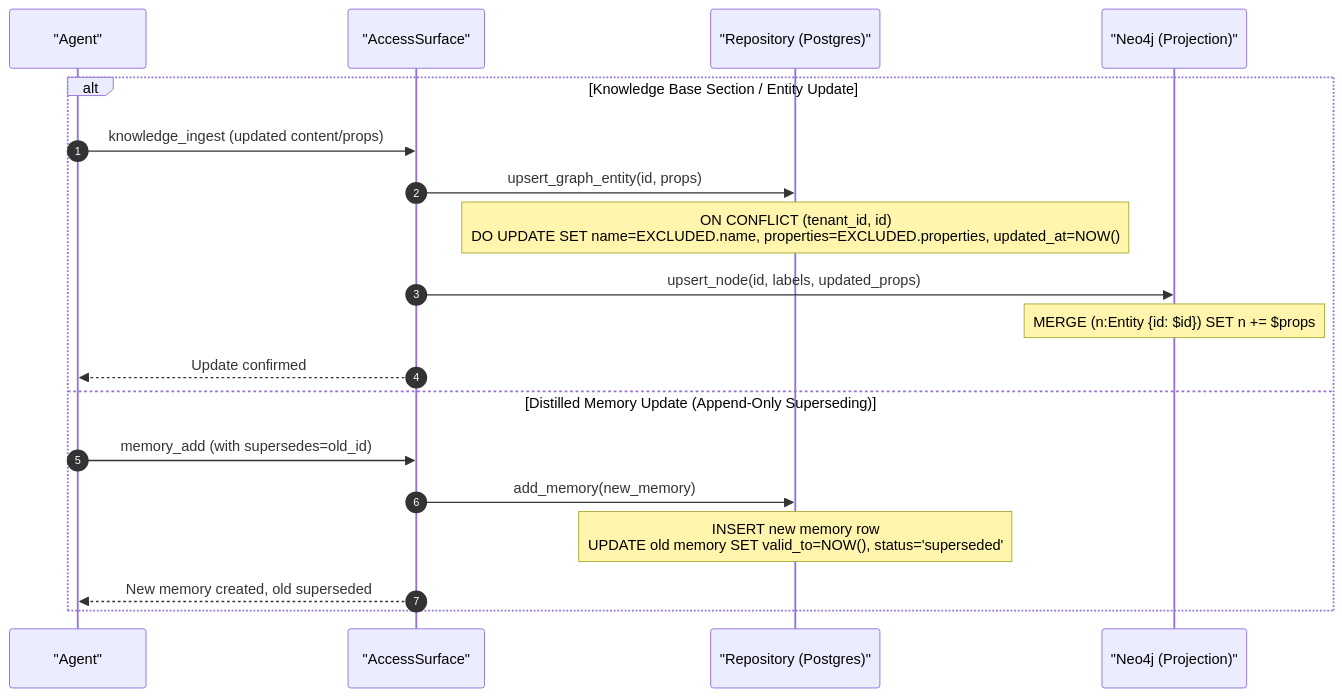
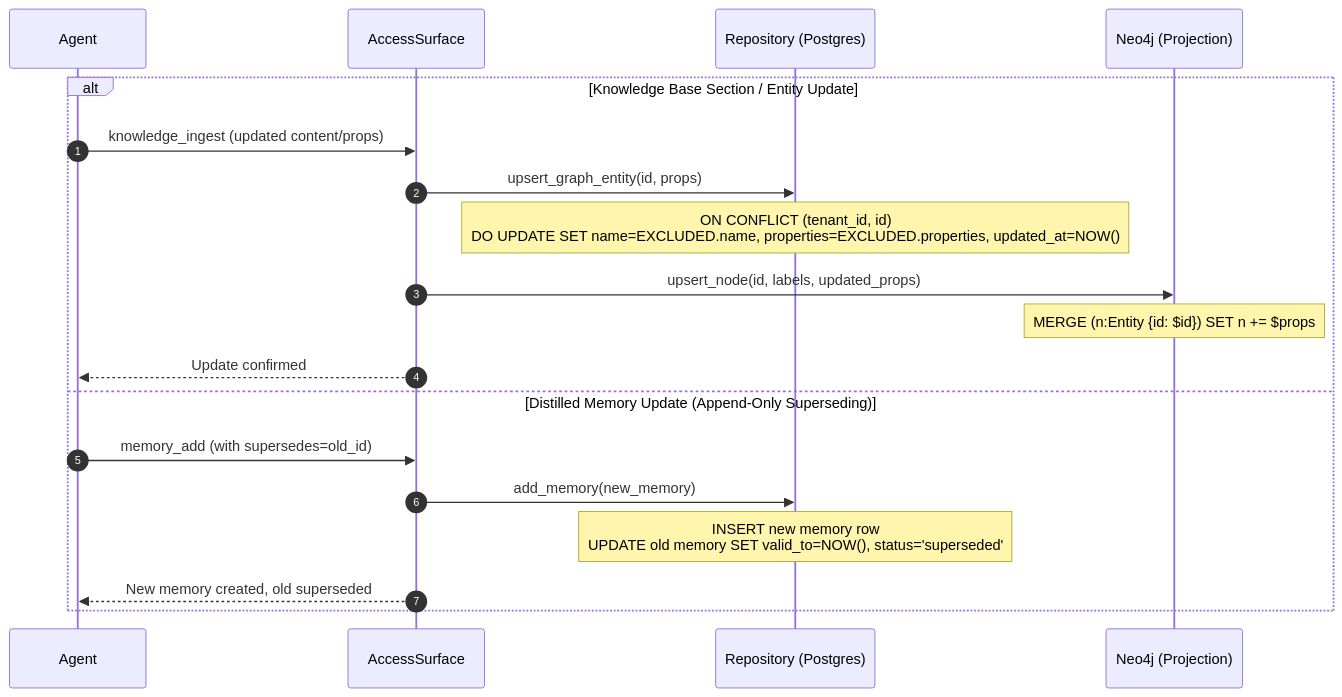
One commit to vladm3105/aidoc-flow-engramory changed the second of 4 diagrams in docs/DATA_FLOW_AND_LIFECYCLE.md. Above: the diagram before and after it, drawn with Mermaid. The commit also changed other lines of this file and 2 other files, not shown here.

First line of the commit message:
docs: detailed sequential dataflow diagrams and narrative explanations (#68)

````diff
--- a/docs/DATA_FLOW_AND_LIFECYCLE.md
+++ b/docs/DATA_FLOW_AND_LIFECYCLE.md
@@ -81,22 +105,22 @@
 ```mermaid
 sequenceDiagram
     autonumber
-    participant Agent as "Agent"
-    participant Surface as "AccessSurface"
-    participant Repo as "Repository (Postgres)"
-    participant Neo4j as "Neo4j (Projection)"
+    participant Agent as Agent
+    participant Surface as AccessSurface
+    participant Repo as Repository (Postgres)
+    participant Neo4j as Neo4j (Projection)
 
     alt Knowledge Base Section / Entity Update
         Agent->>Surface: knowledge_ingest (updated content/props)
         Surface->>Repo: upsert_graph_entity(id, props)
         Note over Repo: ON CONFLICT (tenant_id, id)<br/>DO UPDATE SET name=EXCLUDED.name, properties=EXCLUDED.properties, updated_at=NOW()
         Surface->>Neo4j: upsert_node(id, labels, updated_props)
         Note over Neo4j: MERGE (n:Entity {id: $id}) SET n += $props
         Surface-->>Agent: Update confirmed
     else Distilled Memory Update (Append-Only Superseding)
         Agent->>Surface: memory_add (with supersedes=old_id)
         Surface->>Repo: add_memory(new_memory)
         Note over Repo: INSERT new memory row<br/>UPDATE old memory SET valid_to=NOW(), status='superseded'
         Surface-->>Agent: New memory created, old superseded
     end
 ```
````
